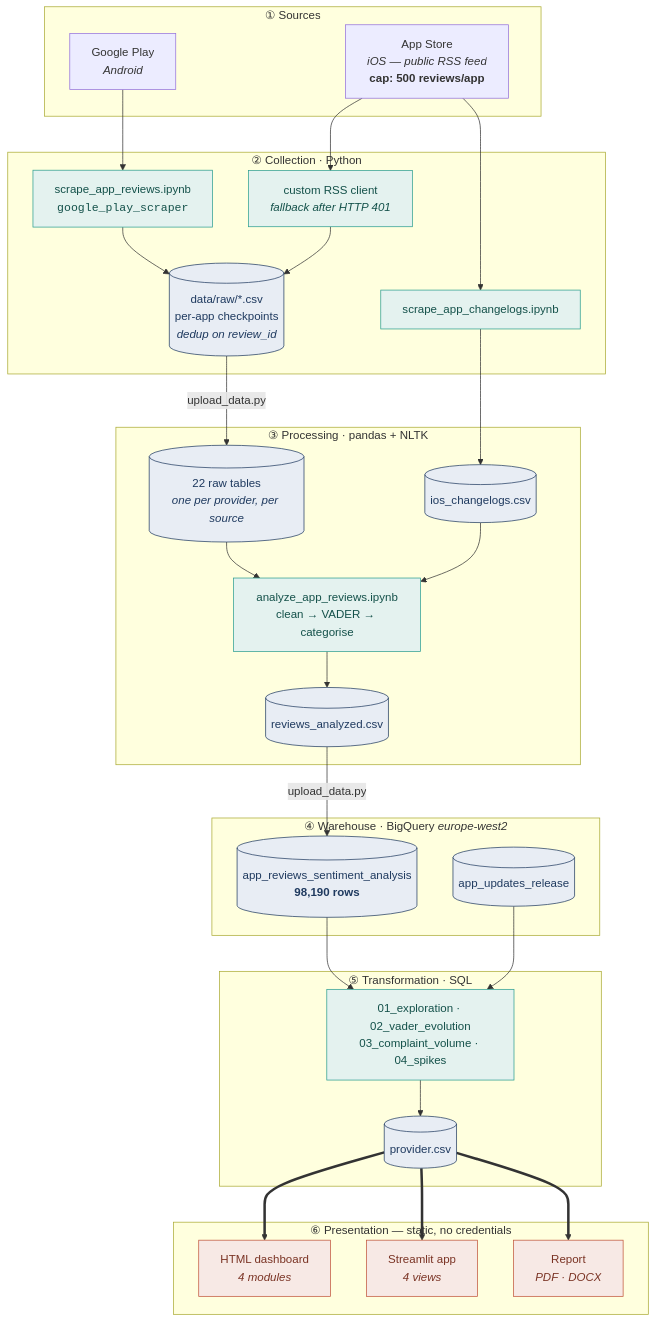
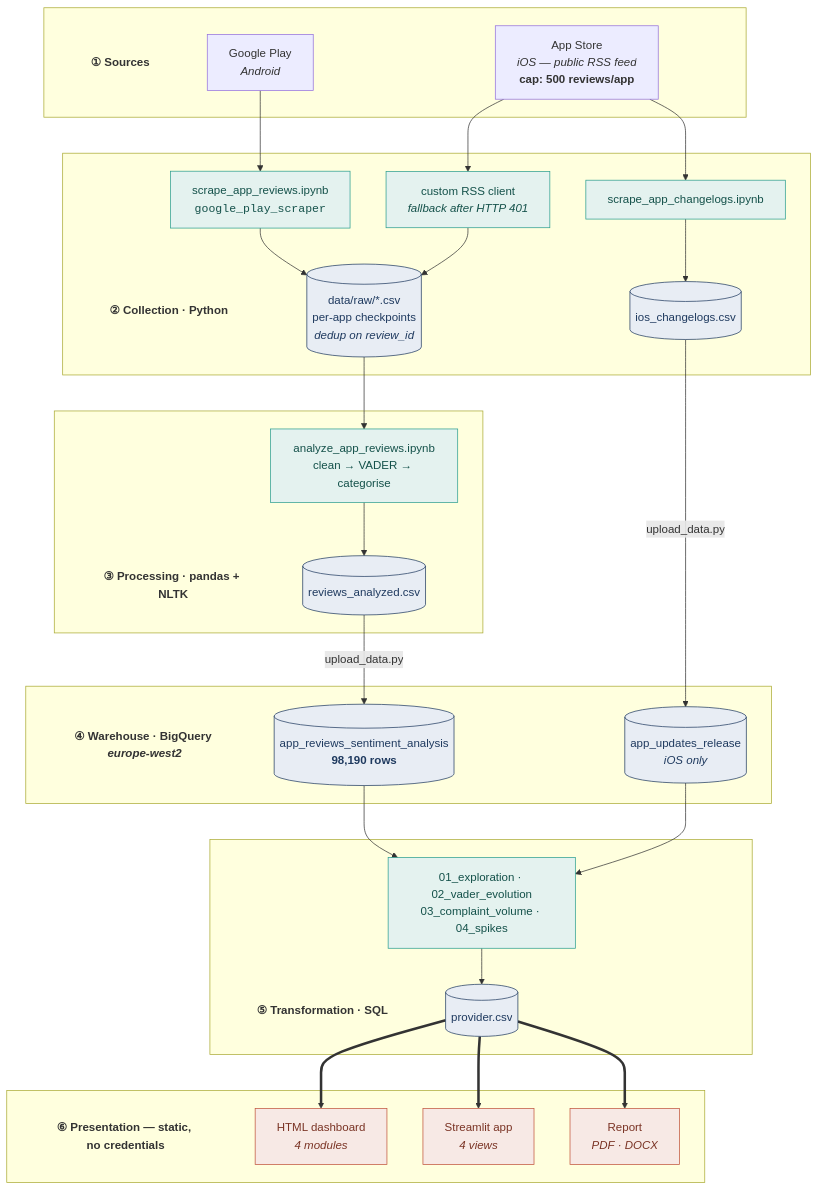
Before and after one commit to tomasb1805/banking-apps-sentiment-scoring: the first of 2 diagrams in README.md, drawn with Mermaid. The commit also changed other lines of this file and 30 other files, not shown here.

````diff
--- a/README.md
+++ b/README.md
@@ -79,63 +79,68 @@
 ```mermaid
-%%{init: {'flowchart': {'useMaxWidth': true}}}%%
 flowchart TB
-    subgraph SRC["① Sources"]
+    subgraph SRC[" "]
+        SRCT["① Sources"]
         GP["Google Play<br/><i>Android</i>"]
         AS["App Store<br/><i>iOS — public RSS feed</i><br/><b>cap: 500 reviews/app</b>"]
     end
 
-    subgraph COL["② Collection · Python"]
+    subgraph COL[" "]
+        COLT["② Collection · Python"]
         SC1["scrape_app_reviews.ipynb<br/><code>google_play_scraper</code>"]
         SC2["custom RSS client<br/><i>fallback after HTTP 401</i>"]
-        SC3["scrape_app_changelogs.ipynb<br/>"]
+        SC3["scrape_app_changelogs.ipynb"]
         CKPT[("data/raw/*.csv<br/>per-app checkpoints<br/><i>dedup on review_id</i>")]
+        VERS[("ios_changelogs.csv")]
     end
 
-    subgraph PROC["③ Processing · pandas + NLTK"]
-	    RAW[("22 raw tables<br/><i>one per provider, per source</i>")]
-	    VERS[("ios_changelogs.csv")]
+    subgraph PROC[" "]
+        PROCT["③ Processing · pandas + NLTK"]
         CLEAN["analyze_app_reviews.ipynb<br/>clean → VADER → categorise"]
         OUT[("reviews_analyzed.csv")]
     end
 
-    subgraph BQ["④ Warehouse · BigQuery <i>europe-west2</i>"]
-        RAW[("22 raw tables<br/><i>one per provider, per source</i>")]
+    subgraph BQ[" "]
+        BQT["④ Warehouse · BigQuery <i>europe-west2</i>"]
         FACT[("app_reviews_sentiment_analysis<br/><b>98,190 rows</b>")]
-        REL[("app_updates_release<br/>")]
+        REL[("app_updates_release<br/><i>iOS only</i>")]
     end
 
-    subgraph SQL["⑤ Transformation · SQL"]
+    subgraph SQL[" "]
+        SQLT["⑤ Transformation · SQL"]
         Q["01_exploration · 02_vader_evolution<br/>03_complaint_volume · 04_spikes"]
         EXP[("provider.csv")]
     end
 
-    subgraph PRES["⑥ Presentation — static, no credentials"]
+    subgraph PRES[" "]
+        PREST["⑥ Presentation — static, no credentials"]
         HTML["HTML dashboard<br/><i>4 modules</i>"]
         ST["Streamlit app<br/><i>4 views</i>"]
         DOC["Report<br/><i>PDF · DOCX</i>"]
     end
 
     GP --> SC1 --> CKPT
     AS --> SC2 --> CKPT
-    AS --> SC3
-    
-    CKPT -->|upload_data.py| RAW
+    AS --> SC3 --> VERS
+
+    CKPT --> CLEAN --> OUT
     OUT -->|upload_data.py| FACT
-    RAW --> CLEAN --> OUT
-    SC3 --> VERS --> CLEAN
+    VERS -->|upload_data.py| REL
 
     FACT --> Q
     REL --> Q
     Q --> EXP
 
     EXP ==> HTML
     EXP ==> ST
     EXP ==> DOC
 
+    classDef hdr fill:none,stroke:none,font-weight:bold
+    class SRCT,COLT,PROCT,BQT,SQLT,PREST hdr
     classDef store fill:#E8EDF4,stroke:#1F3A5F,stroke-width:1px,color:#1F3A5F
     classDef proc fill:#E4F2EF,stroke:#2A9D8F,stroke-width:1px,color:#14514A
     classDef pres fill:#F7E9E5,stroke:#C0533A,stroke-width:1px,color:#7A3324
-    class CKPT,OUT,RAW,FACT,REL,EXP,VERS store
+    class CKPT,VERS,OUT,FACT,REL,EXP store
     class SC1,SC2,SC3,CLEAN,Q proc
     class HTML,ST,DOC pres
+
 ```
````
